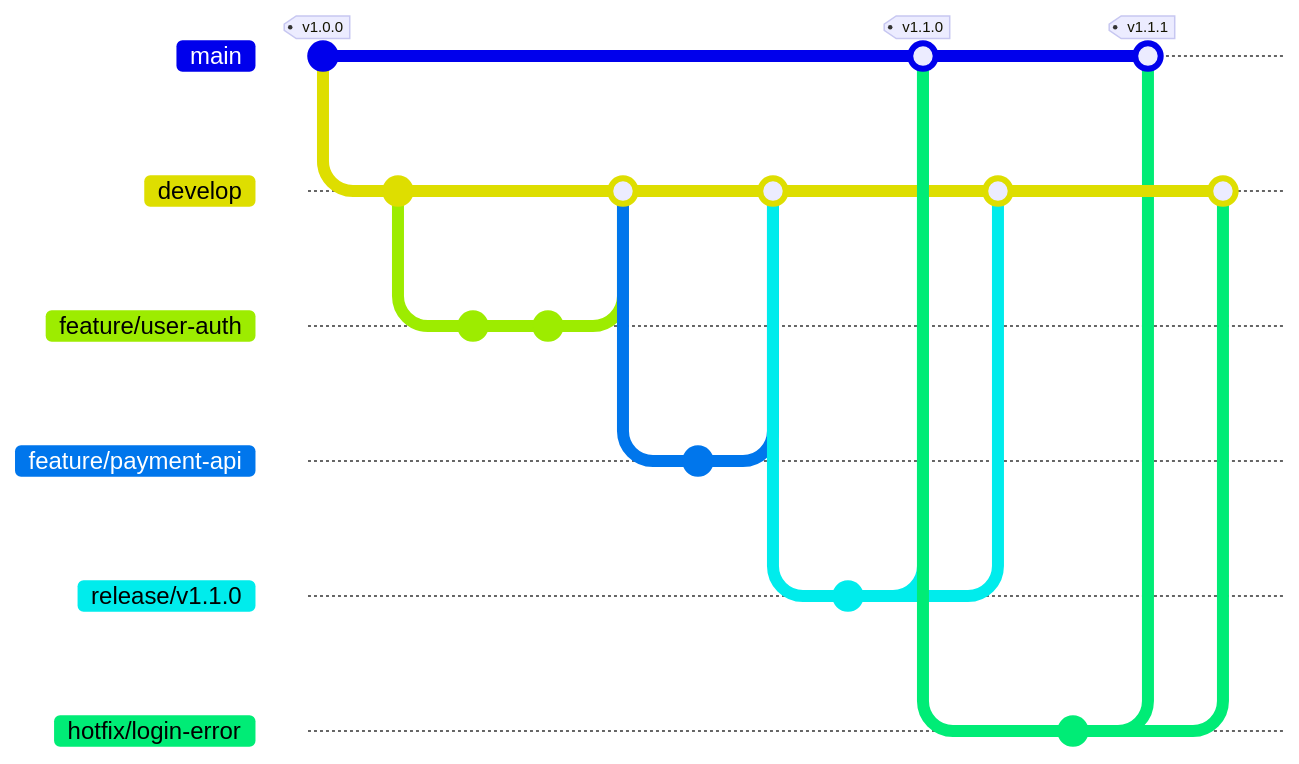
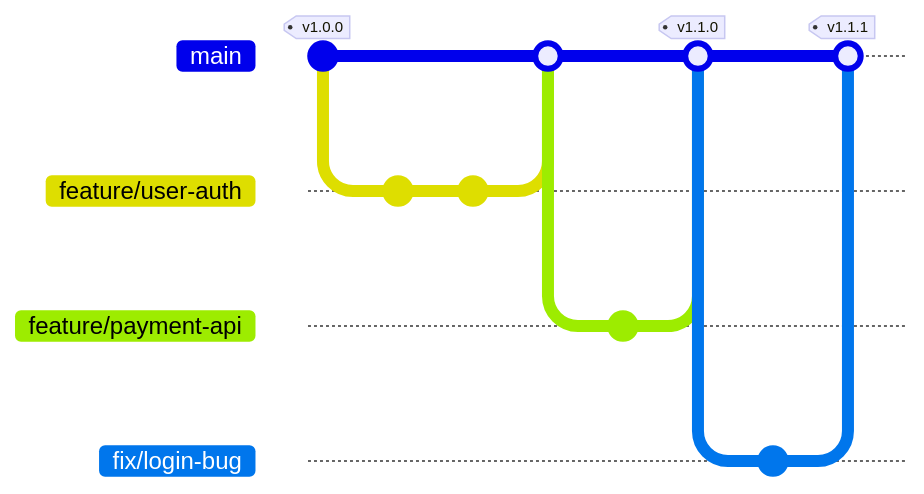
The diagram in docs/git.md (shinhasegawa1223/solo-saving), drawn with Mermaid before and after one commit. The commit also changed other lines of this file and 2 other files, not shown here. Commit ids are hidden.

Commit message:
docs: Git運用ルールをGitHub Flow(main/featureのみ)に変更

````diff
--- a/docs/git.md
+++ b/docs/git.md
@@ -22,45 +21,22 @@
 ```mermaid
 gitGraph
     commit tag: "v1.0.0"
-    branch develop
-    checkout develop
-    commit
-
-    %% 機能開発 A
     branch feature/user-auth
     checkout feature/user-auth
     commit
     commit
-    checkout develop
+    checkout main
     merge feature/user-auth
 
-    %% 機能開発 B
     branch feature/payment-api
     checkout feature/payment-api
     commit
-    checkout develop
-    merge feature/payment-api
+    checkout main
+    merge feature/payment-api tag: "v1.1.0"
 
-    %% リリース準備
-    branch release/v1.1.0
-    checkout release/v1.1.0
-    commit id: "Bump version"
-
-    %% リリース完了 (mainへマージ)
-    checkout main
-    merge release/v1.1.0 tag: "v1.1.0"
-
-    %% developへも反映
-    checkout develop
-    merge release/v1.1.0
-
-    %% 緊急修正 (Hotfix)
-    checkout main
-    branch hotfix/login-error
-    checkout hotfix/login-error
+    branch fix/login-bug
+    checkout fix/login-bug
     commit
     checkout main
-    merge hotfix/login-error tag: "v1.1.1"
-    checkout develop
-    merge hotfix/login-error
+    merge fix/login-bug tag: "v1.1.1"
 ```
````
